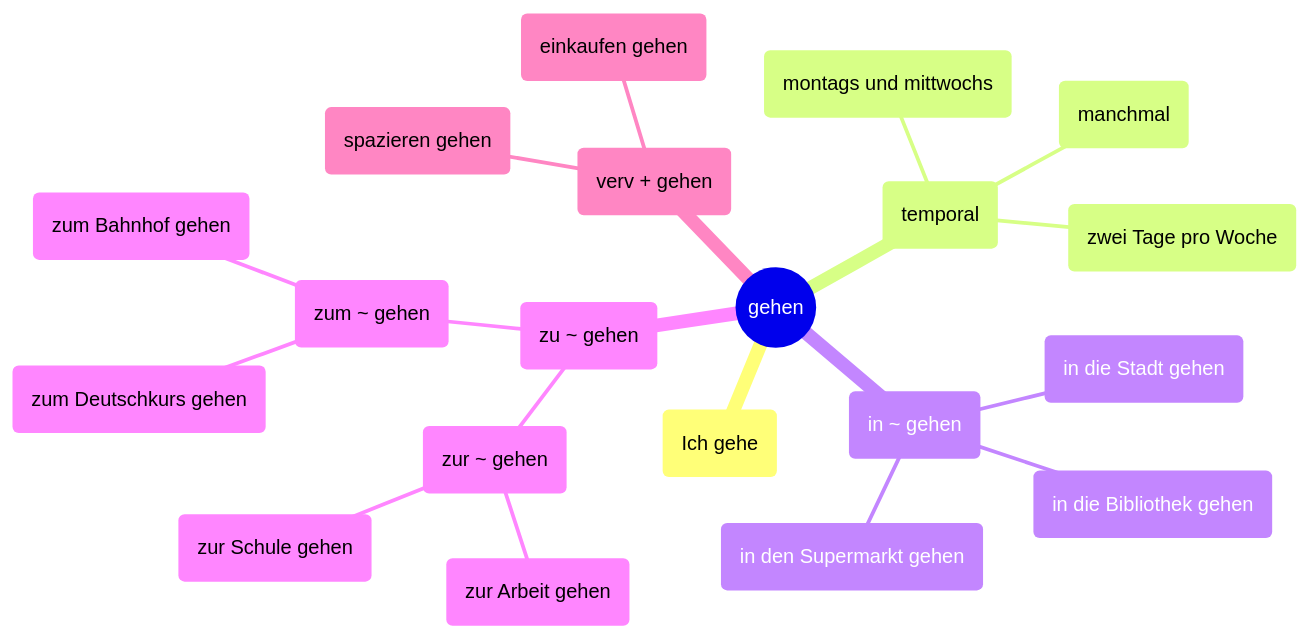
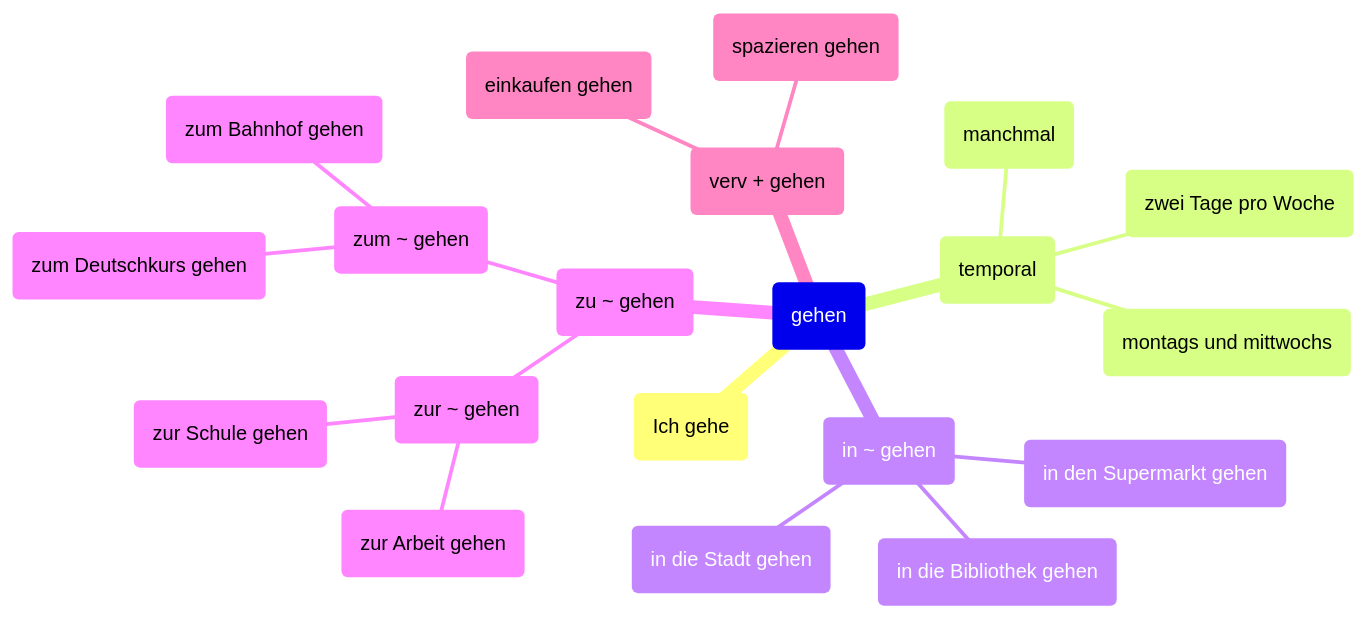
Before and after one commit to hyonsoku/mindmap: the diagram in Dutesch/Verb/gehen.md, drawn with Mermaid. The commit also changed 4 other files, not shown here.

````diff
--- a/Dutesch/Verb/gehen.md
+++ b/Dutesch/Verb/gehen.md
@@ -3,23 +3,23 @@
 ```mermaid
 mindmap
-    root((gehen))
+    root(gehen)
         (Ich gehe)
         (temporal)
             (manchmal)
             (zwei Tage pro Woche)
             (montags und mittwochs)
         (in ~ gehen)
             (in den Supermarkt gehen)
             (in die Bibliothek gehen)
             (in die Stadt gehen)
         (zu ~ gehen)
             (zur ~ gehen)
                 (zur Arbeit gehen)
                 (zur Schule gehen)
             (zum ~ gehen)
                 (zum Deutschkurs gehen)
                 (zum Bahnhof gehen)
         (verv + gehen)
             (einkaufen gehen)
             (spazieren gehen)
 ```
````
